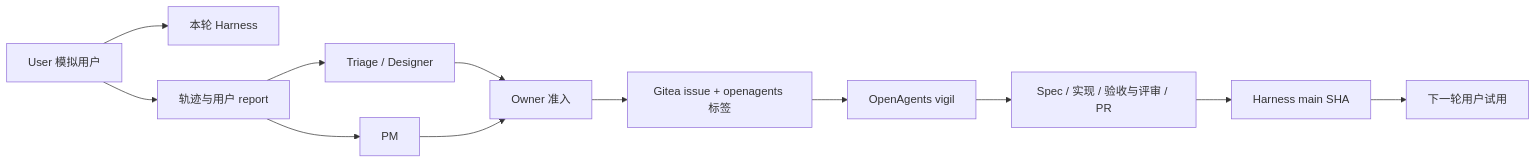
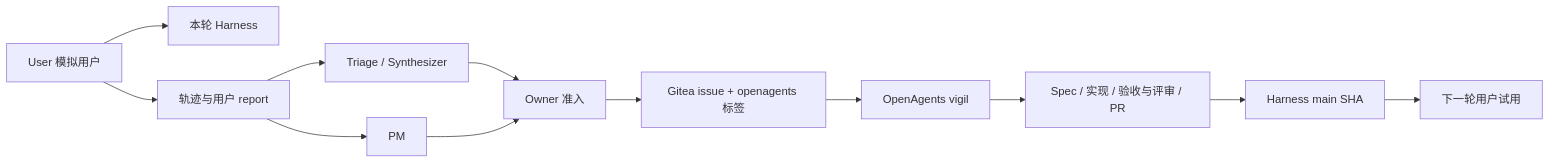
The diagram in docs/ARCHITECTURE.md (Curry09/AHE-Beta), drawn with Mermaid before and after one commit. The commit also changed other lines of this file and 248 other files, not shown here.

````diff
--- a/docs/ARCHITECTURE.md
+++ b/docs/ARCHITECTURE.md
@@ -3,14 +3,14 @@
 ```mermaid
 flowchart LR
     U[User 模拟用户] --> H[本轮 Harness]
     U --> R[轨迹与用户 report]
-    R --> T[Triage / Designer]
+    R --> T[Triage / Synthesizer]
     R --> P[PM]
     T --> O[Owner 准入]
     P --> O
     O --> I[Gitea issue + openagents 标签]
     I --> A[OpenAgents vigil]
     A --> PR[Spec / 实现 / 验收与评审 / PR]
     PR --> M[Harness main SHA]
     M --> N[下一轮用户试用]
 ```
````
